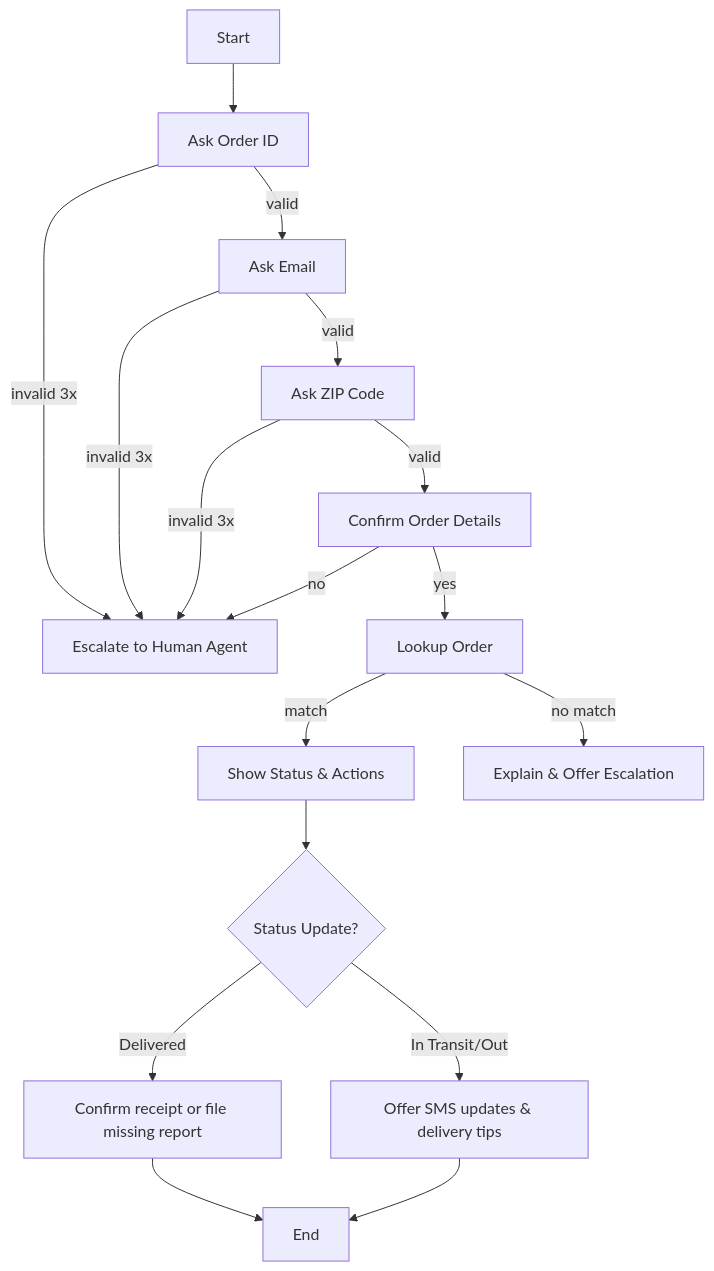
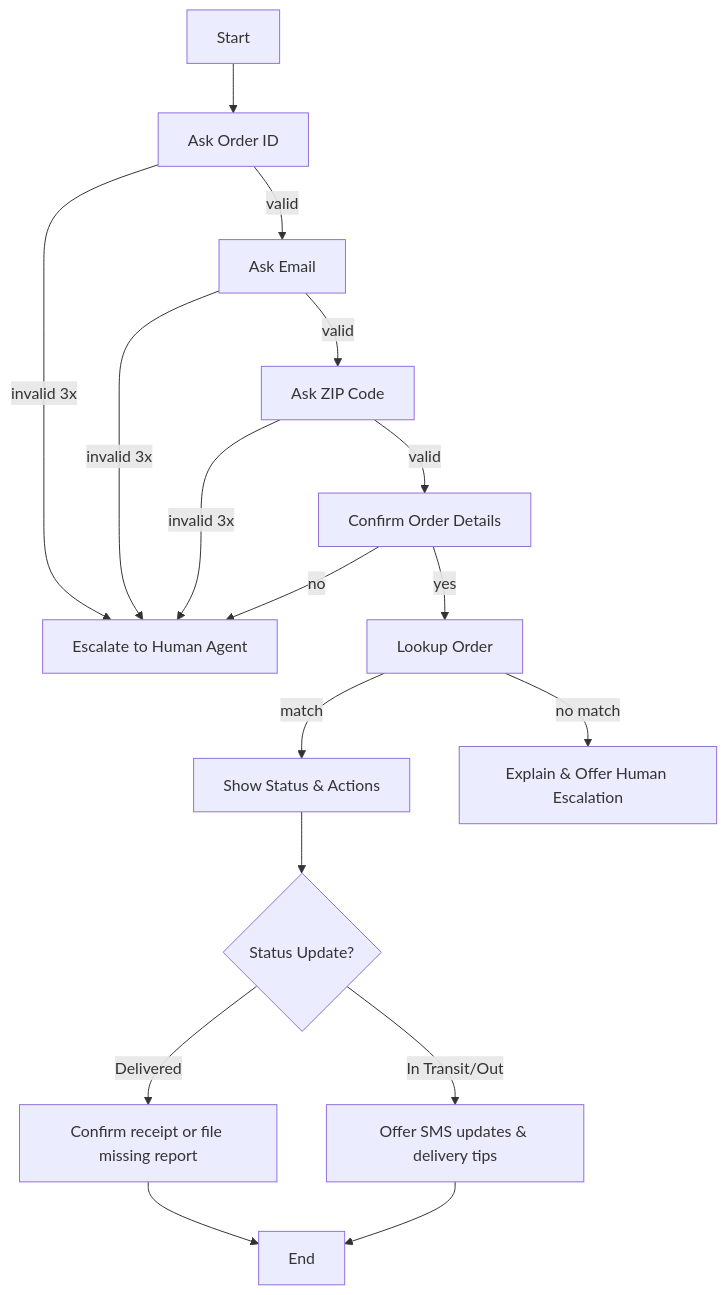
The diagram in README.md (dinatrac02/AI-Analyst-Chatbot), drawn with Mermaid before and after one commit. The commit also changed other lines of this file, not shown here.

````diff
--- a/README.md
+++ b/README.md
@@ -38,19 +35,19 @@
 ```mermaid
 flowchart TD
   A[Start] --> B[Ask Order ID]
   B -->|valid| C[Ask Email]
   B -->|invalid 3x| Z[Escalate to Human Agent]
   C -->|valid| D[Ask ZIP Code]
   C -->|invalid 3x| Z
   D -->|valid| E[Confirm Order Details]
   D -->|invalid 3x| Z
   E -->|yes| F[Lookup Order]
   E -->|no| Z
   F -->|match| G[Show Status & Actions]
-  F -->|no match| H[Explain & Offer Escalation]
+  F -->|no match| H[Explain & Offer Human Escalation]
   G --> I{Status Update?}
   I -->|Delivered| J[Confirm receipt or file missing report]
   I -->|In Transit/Out| K[Offer SMS updates & delivery tips]
   J --> L[End]
   K --> L[End]
 ```
````
